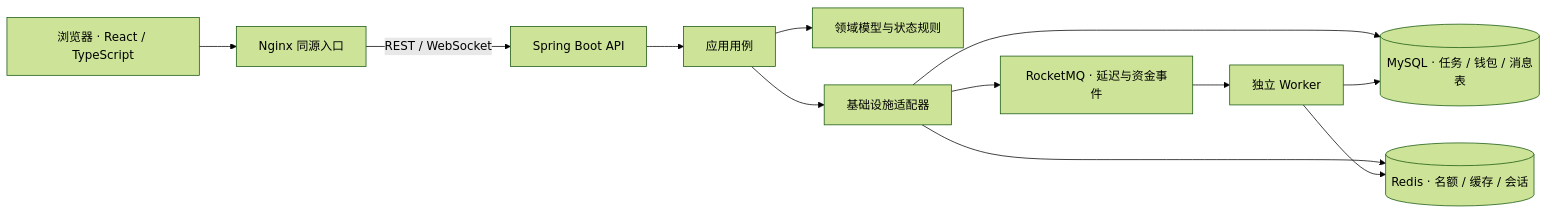
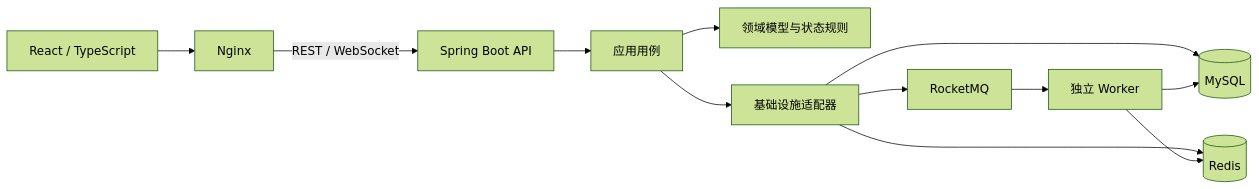
The diagram in README.md (LittleSongxx/PeerGrab), drawn with Mermaid (forest theme) before and after one commit. The commit also changed other lines of this file, not shown here.

````diff
--- a/README.md
+++ b/README.md
@@ -36,14 +24,14 @@
 ```mermaid
 flowchart LR
-    U[浏览器 · React / TypeScript] --> N[Nginx 同源入口]
+    U[React / TypeScript] --> N[Nginx]
     N -->|REST / WebSocket| P[Spring Boot API]
     P --> A[应用用例]
     A --> D[领域模型与状态规则]
     A --> I[基础设施适配器]
-    I --> M[(MySQL · 任务 / 钱包 / 消息表)]
-    I --> R[(Redis · 名额 / 缓存 / 会话)]
-    I --> Q[RocketMQ · 延迟与资金事件]
+    I --> M[(MySQL)]
+    I --> R[(Redis)]
+    I --> Q[RocketMQ]
     Q --> W[独立 Worker]
     W --> M
     W --> R
 ```
````
